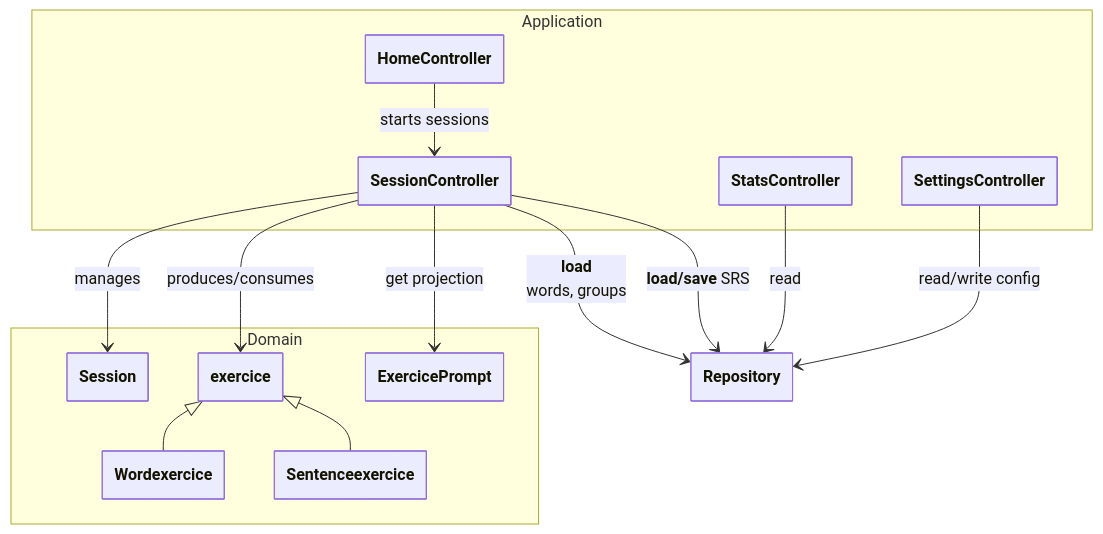
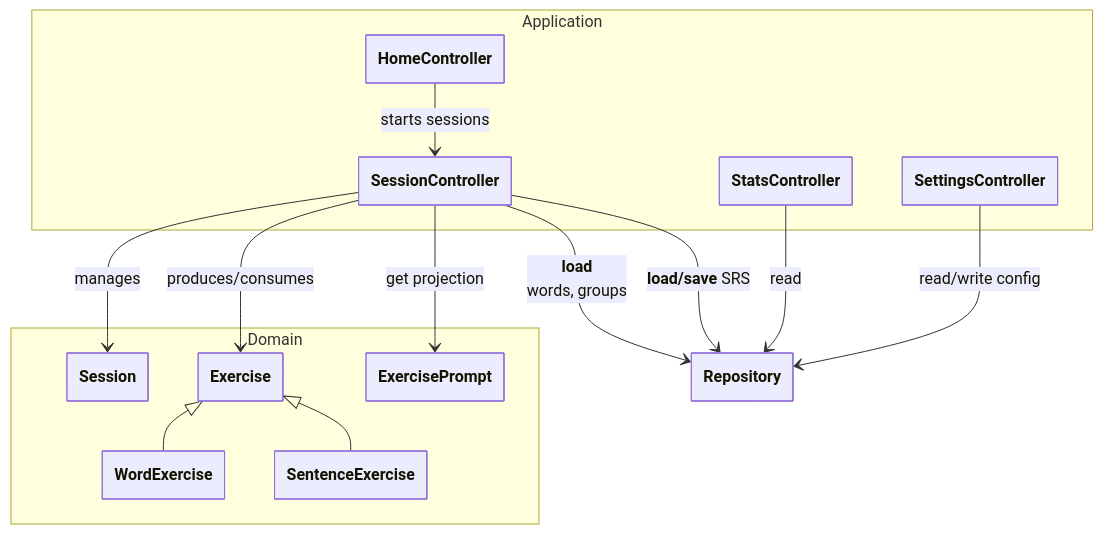
Before and after one commit to Antoine-Lagache/psitta: the diagram in docs/architecture/application.md, drawn with Mermaid. The commit also changed other lines of this file and 14 other files, not shown here.

````diff
--- a/docs/architecture/application.md
+++ b/docs/architecture/application.md
@@ -17,38 +17,38 @@
 ```mermaid
 %%{init: {"class": {"hideEmptyMembersBox": true}} }%%
 classDiagram
 
 namespace Application {
   class HomeController
   class SessionController
   class StatsController
   class SettingsController
 }
 
 namespace Domain {
   class Session
-  class exercice
-  class Wordexercice
-  class Sentenceexercice
-  class ExercicePrompt
+  class Exercise
+  class WordExercise
+  class SentenceExercise
+  class ExercisePrompt
 }
 
 
 %% Domain inheritance
-exercice <|-- Wordexercice
-exercice <|-- Sentenceexercice
+Exercise <|-- WordExercise
+Exercise <|-- SentenceExercise
 
 %% Application -> Domain
 HomeController --> SessionController : starts sessions
 SessionController --> Session : manages
-SessionController --> exercice : produces/consumes
-SessionController --> ExercicePrompt : get projection
+SessionController --> Exercise : produces/consumes
+SessionController --> ExercisePrompt : get projection
 
 %% Application -> Persistence
 SessionController --> Repository : **load**<br/> words, groups
 SessionController --> Repository : **load/save** SRS
 
 StatsController --> Repository: read
 
 SettingsController --> Repository : read/write config
 ```
````
